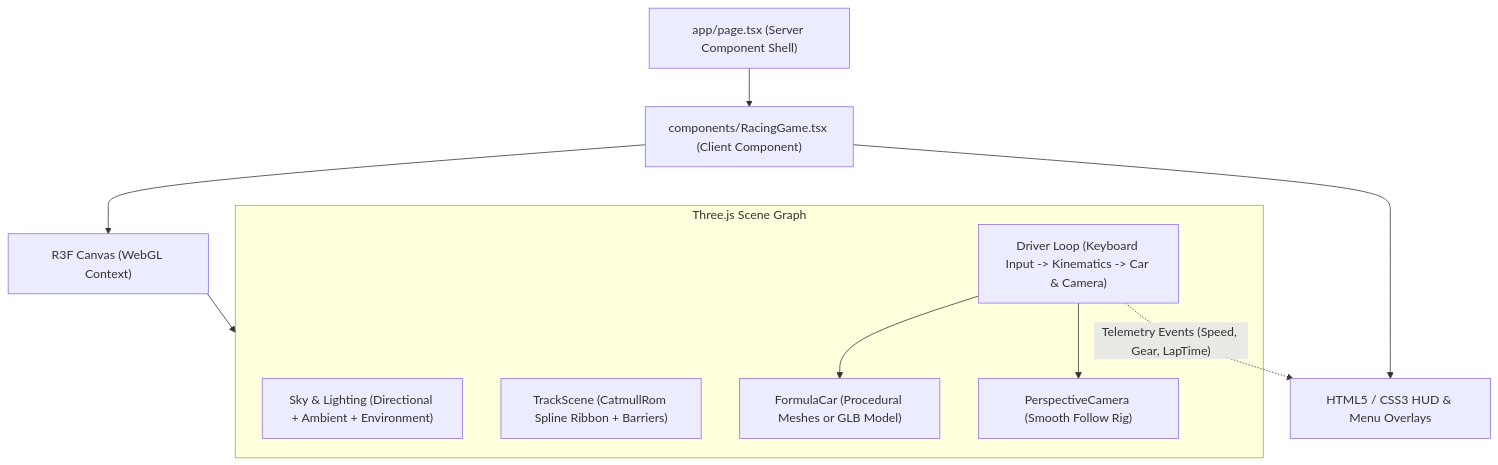
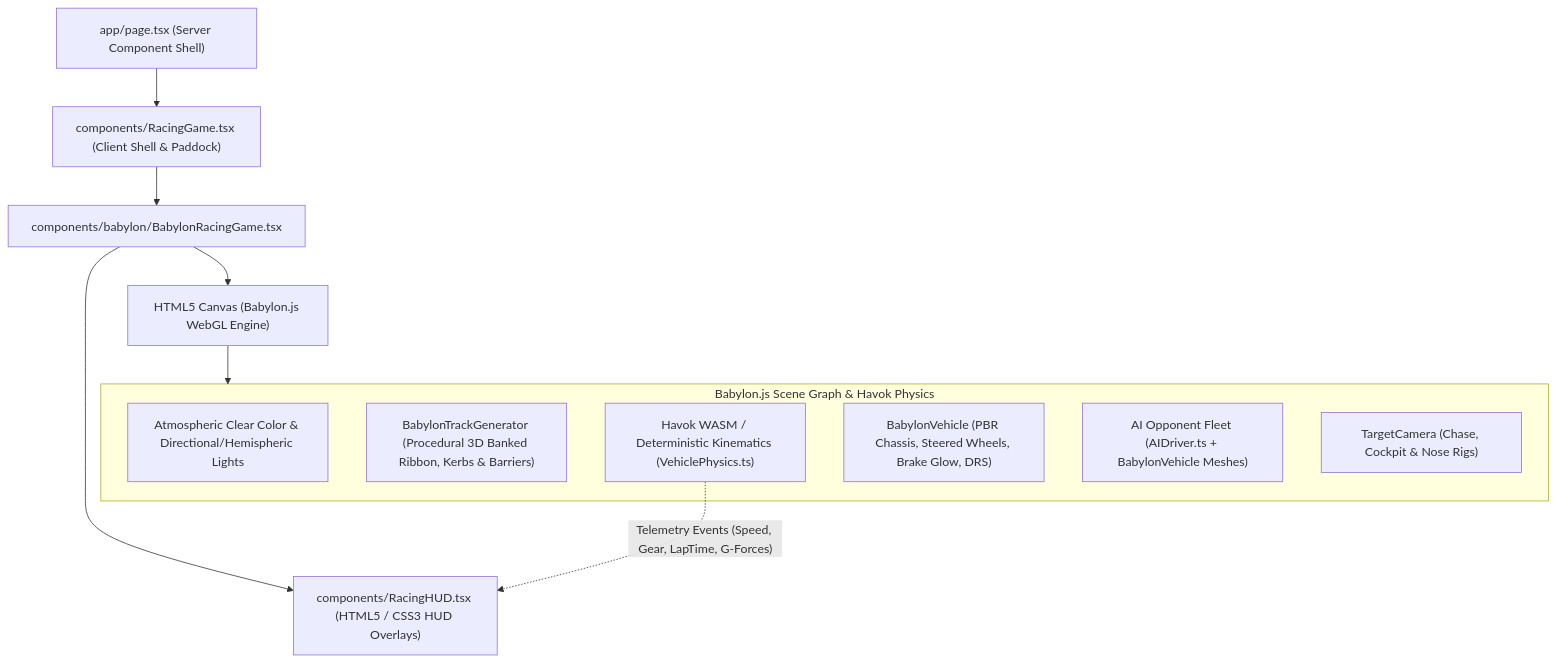
The diagram in ARCHITECTURE.md (layanpro123456/formula-racing-3d), drawn with Mermaid before and after one commit. The commit also changed other lines of this file and 18 other files, not shown here.

First line of the commit message:
refactor: migrate 3D simulation to Babylon.js and remove Three.js dependencies

````diff
--- a/ARCHITECTURE.md
+++ b/ARCHITECTURE.md
@@ -11,17 +11,19 @@
 ```mermaid
 flowchart TD
-    Page["app/page.tsx (Server Component Shell)"] --> Game["components/RacingGame.tsx (Client Component)"]
-    Game --> Canvas["R3F Canvas (WebGL Context)"]
-    Game --> UI["HTML5 / CSS3 HUD & Menu Overlays"]
+    Page["app/page.tsx (Server Component Shell)"] --> Game["components/RacingGame.tsx (Client Shell & Paddock)"]
+    Game --> BabylonGame["components/babylon/BabylonRacingGame.tsx"]
+    BabylonGame --> Canvas["HTML5 Canvas (Babylon.js WebGL Engine)"]
+    BabylonGame --> UI["components/RacingHUD.tsx (HTML5 / CSS3 HUD Overlays)"]
     
-    subgraph ThreeScene ["Three.js Scene Graph"]
-        Sky["Sky & Lighting (Directional + Ambient + Environment)"]
-        TrackScene["TrackScene (CatmullRom Spline Ribbon + Barriers)"]
-        Driver["Driver Loop (Keyboard Input -> Kinematics -> Car & Camera)"]
-        Driver --> Car["FormulaCar (Procedural Meshes or GLB Model)"]
-        Driver --> Cam["PerspectiveCamera (Smooth Follow Rig)"]
+    subgraph BabylonScene ["Babylon.js Scene Graph & Havok Physics"]
+        Sky["Atmospheric Clear Color & Directional/Hemispheric Lights"]
+        TrackScene["BabylonTrackGenerator (Procedural 3D Banked Ribbon, Kerbs & Barriers)"]
+        Physics["Havok WASM / Deterministic Kinematics (VehiclePhysics.ts)"]
+        PlayerCar["BabylonVehicle (PBR Chassis, Steered Wheels, Brake Glow, DRS)"]
+        AICars["AI Opponent Fleet (AIDriver.ts + BabylonVehicle Meshes)"]
+        Cam["TargetCamera (Chase, Cockpit & Nose Rigs)"]
     end
     
-    Canvas --> ThreeScene
-    Driver -.->|"Telemetry Events (Speed, Gear, LapTime)"| UI
+    Canvas --> BabylonScene
+    Physics -.->|"Telemetry Events (Speed, Gear, LapTime, G-Forces)"| UI
 ```
````
